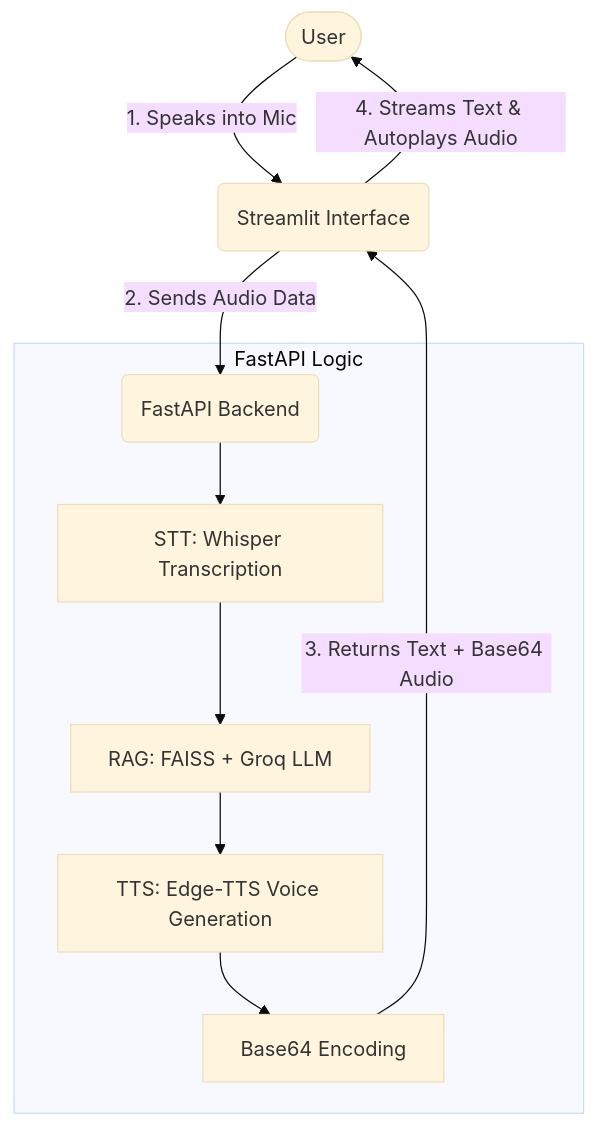
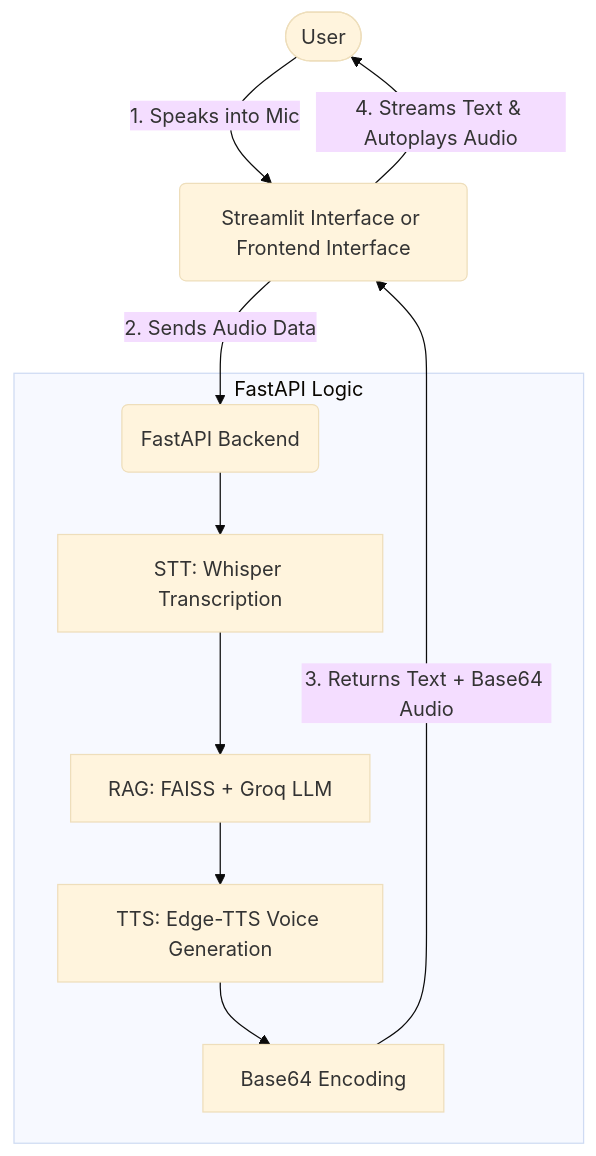
Before and after one commit to Root007x/end_to_end_voice_rag: the diagram in README.md, drawn with Mermaid (base theme).

````diff
--- a/README.md
+++ b/README.md
@@ -7,15 +7,15 @@
 ```mermaid
 graph TD
-    User([User]) -- "1. Speaks into Mic" --> SL(Streamlit Interface)
+    User([User]) -- "1. Speaks into Mic" --> SL(Streamlit Interface or Frontend Interface)
     SL -- "2. Sends Audio Data" --> API(FastAPI Backend)
     
     subgraph "FastAPI Logic"
         API --> STT[STT: Whisper Transcription]
         STT --> RAG[RAG: FAISS + Groq LLM]
         RAG --> TTS[TTS: Edge-TTS Voice Generation]
         TTS --> ENCODE[Base64 Encoding]
     end
     
     ENCODE -- "3. Returns Text + Base64 Audio" --> SL
     SL -- "4. Streams Text & Autoplays Audio" --> User
 ```
````
